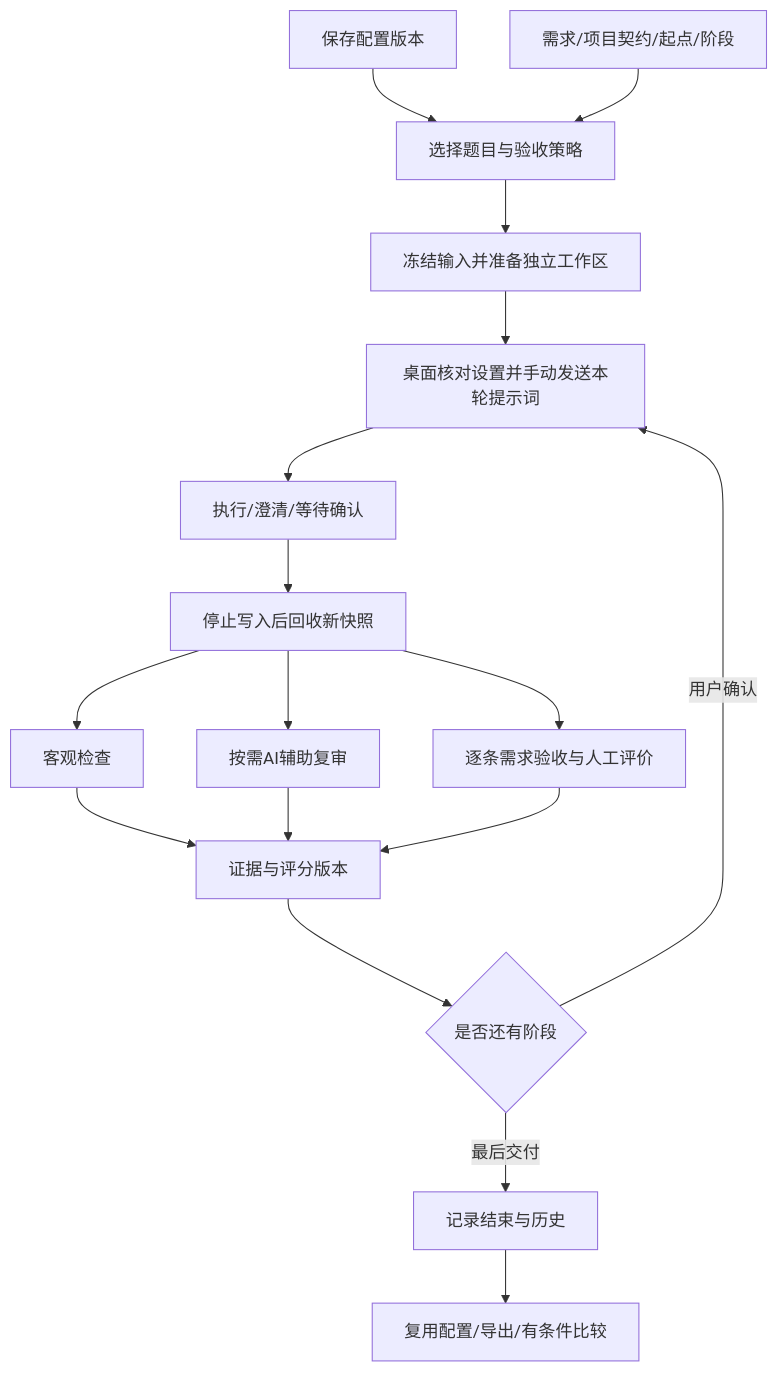
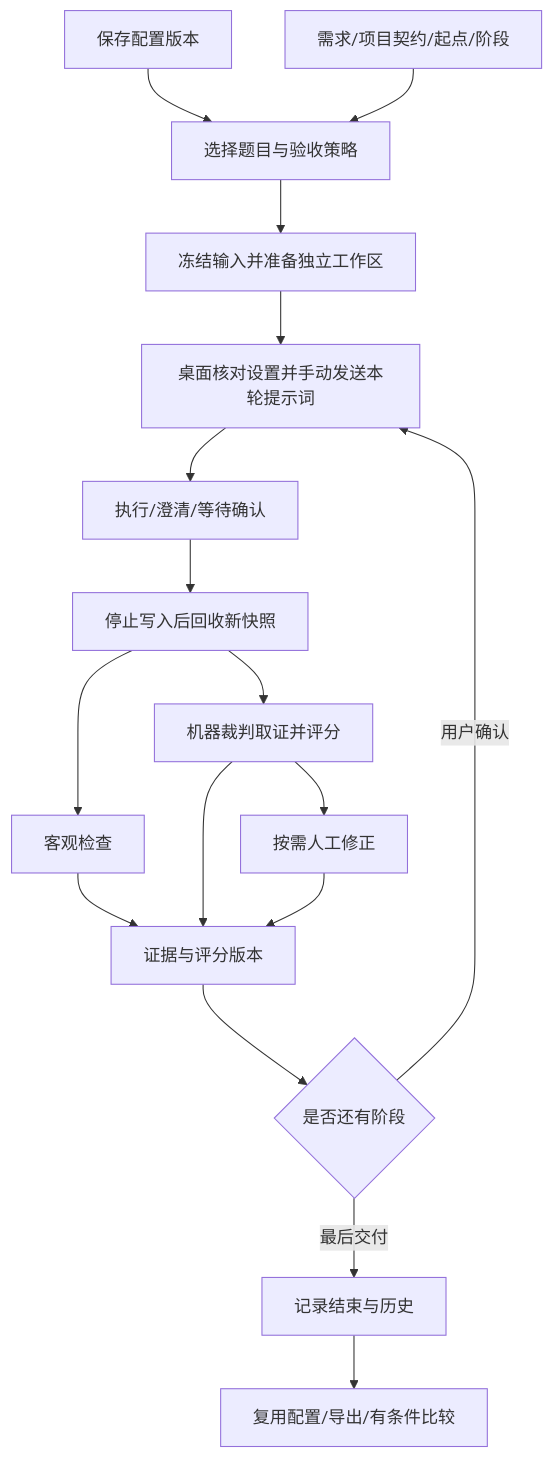
Before and after one commit to devonsagr/Codex-Harness-Bench: the first of 2 diagrams in docs/PROJECT_SPEC.md, drawn with Mermaid. The commit also changed other lines of this file and 28 other files, not shown here.

````diff
--- a/docs/PROJECT_SPEC.md
+++ b/docs/PROJECT_SPEC.md
@@ -37,19 +37,19 @@
 ```mermaid
 flowchart TD
   C[保存配置版本] --> P[选择题目与验收策略]
   T[需求/项目契约/起点/阶段] --> P
   P --> F[冻结输入并准备独立工作区]
   F --> D[桌面核对设置并手动发送本轮提示词]
   D --> W[执行/澄清/等待确认]
   W --> S[停止写入后回收新快照]
   S --> O[客观检查]
-  S --> A[按需AI辅助复审]
-  S --> H[逐条需求验收与人工评价]
+  S --> A[机器裁判取证并评分]
+  A --> H[按需人工修正]
   O --> E[证据与评分版本]
   A --> E
   H --> E
   E --> N{是否还有阶段}
   N -->|用户确认| D
   N -->|最后交付| R[记录结束与历史]
   R --> X[复用配置/导出/有条件比较]
 ```
````
